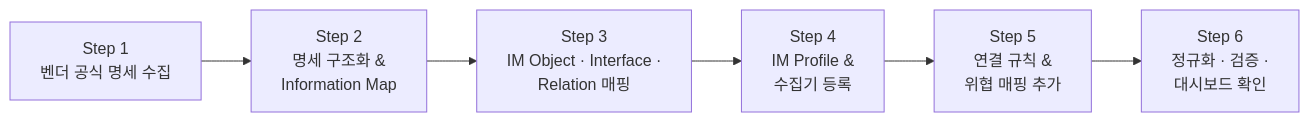
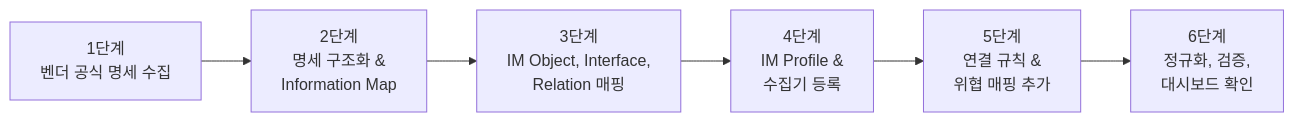
One commit to AEGI-Inc/aegi-framework changed the diagram in docs/03-enterprise-adoption/adding-new-saas.md. Above: the diagram before and after it, drawn with Mermaid. The commit also changed other lines of this file and 33 other files, not shown here.

````diff
--- a/docs/03-enterprise-adoption/adding-new-saas.md
+++ b/docs/03-enterprise-adoption/adding-new-saas.md
@@ -9,8 +7,8 @@
 ```mermaid
 flowchart LR
-  A["Step 1<br/>벤더 공식 명세 수집"] --> B["Step 2<br/>명세 구조화 &<br/>Information Map"]
-  B --> C["Step 3<br/>IM Object · Interface ·<br/>Relation 매핑"]
-  C --> D["Step 4<br/>IM Profile &<br/>수집기 등록"]
-  D --> E["Step 5<br/>연결 규칙 &<br/>위협 매핑 추가"]
-  E --> F["Step 6<br/>정규화 · 검증 ·<br/>대시보드 확인"]
+  A["1단계<br/>벤더 공식 명세 수집"] --> B["2단계<br/>명세 구조화 &<br/>Information Map"]
+  B --> C["3단계<br/>IM Object, Interface,<br/>Relation 매핑"]
+  C --> D["4단계<br/>IM Profile &<br/>수집기 등록"]
+  D --> E["5단계<br/>연결 규칙 &<br/>위협 매핑 추가"]
+  E --> F["6단계<br/>정규화, 검증,<br/>대시보드 확인"]
 ```
````
